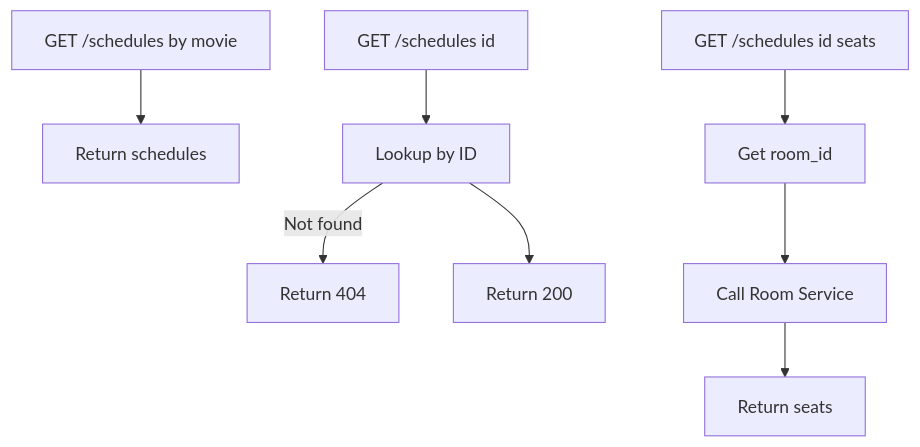
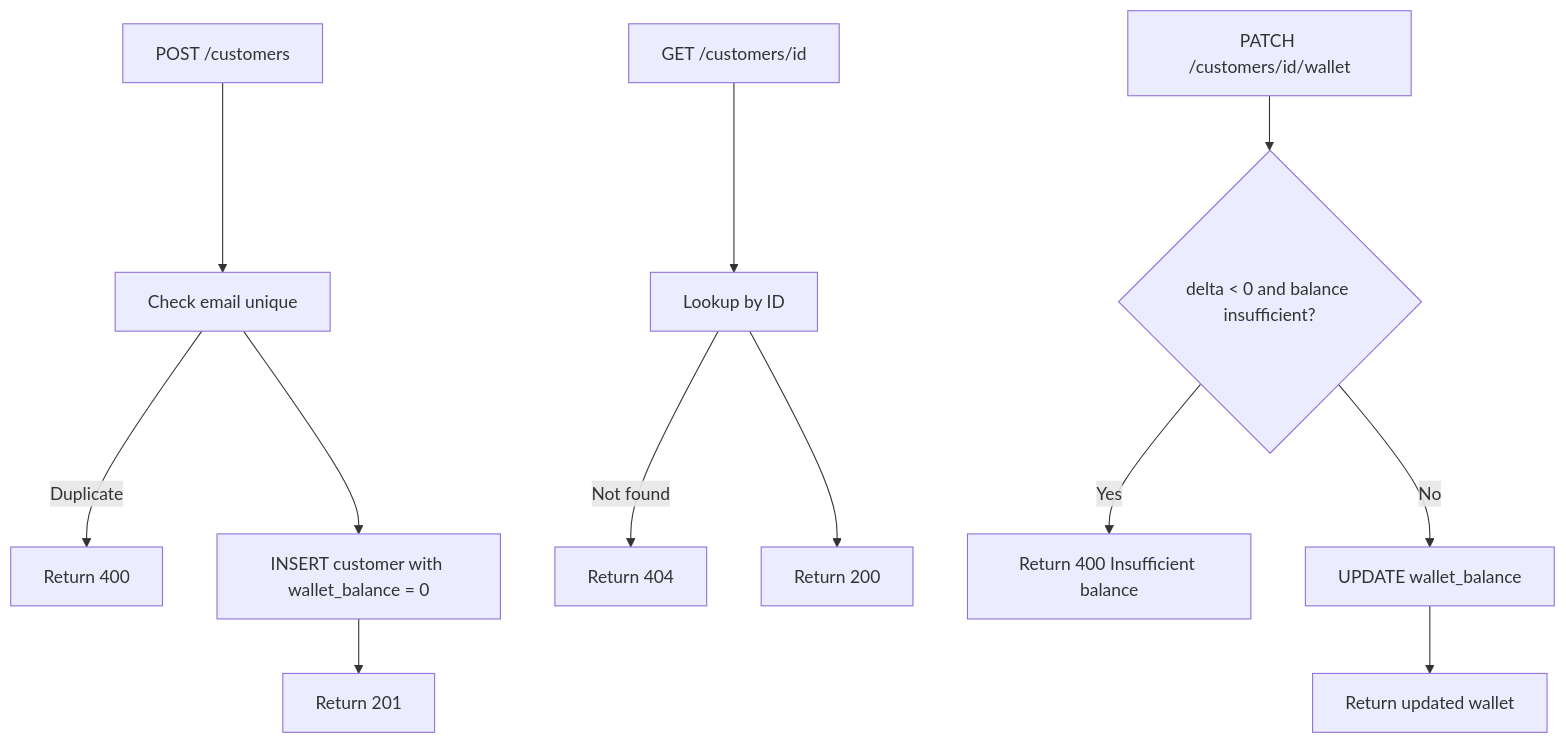
One commit to quyptit427/microservices-assignment-starter changed the fourth of 7 diagrams in docs/analysis-and-design.md. Above: the diagram before and after it, drawn with Mermaid. The commit also changed other lines of this file, not shown here.

````diff
--- a/docs/analysis-and-design.md
+++ b/docs/analysis-and-design.md
@@ -401,12 +517,16 @@
 ```mermaid
 flowchart TD
-    A[GET /schedules by movie] --> B[Return schedules]
+    A[POST /customers] --> B[Check email unique]
+    B -->|Duplicate| C[Return 400]
+    B --> D[INSERT customer with wallet_balance = 0]
+    D --> E[Return 201]
 
-    C[GET /schedules id] --> D[Lookup by ID]
-    D -->|Not found| E[Return 404]
-    D --> F[Return 200]
+    F[GET /customers/id] --> G[Lookup by ID]
+    G -->|Not found| H[Return 404]
+    G --> I[Return 200]
 
-    G[GET /schedules id seats] --> H[Get room_id]
-    H --> I[Call Room Service]
-    I --> J[Return seats]
+    J[PATCH /customers/id/wallet] --> K{delta < 0 and balance insufficient?}
+    K -->|Yes| L[Return 400 Insufficient balance]
+    K -->|No| M[UPDATE wallet_balance]
+    M --> N[Return updated wallet]
 ```
````
